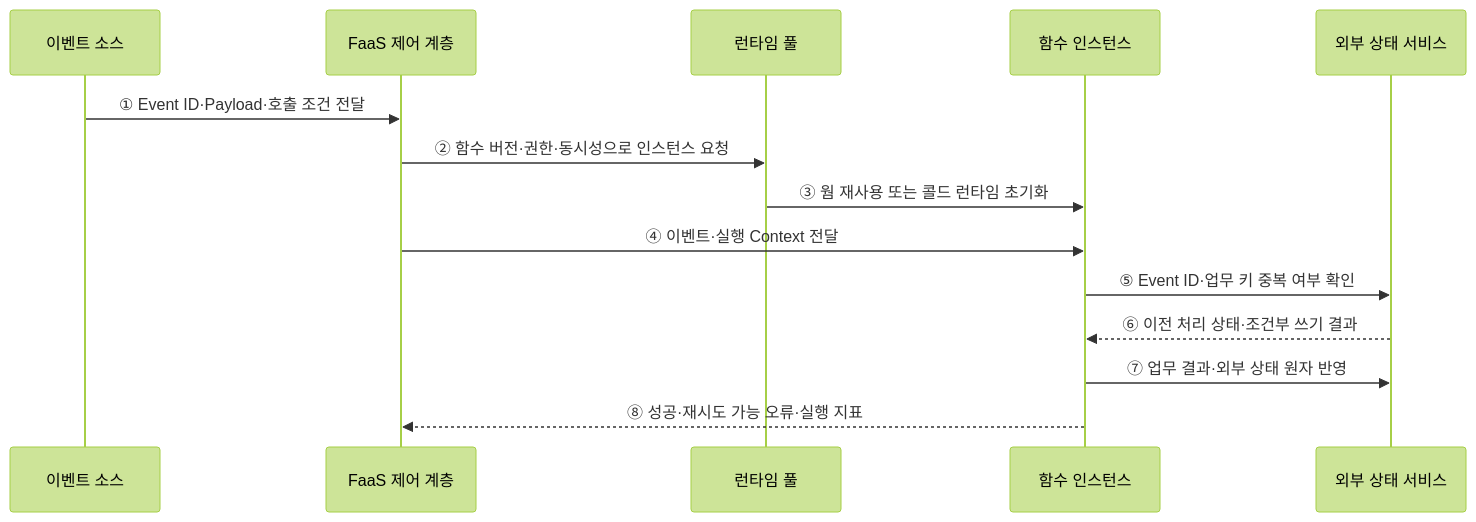
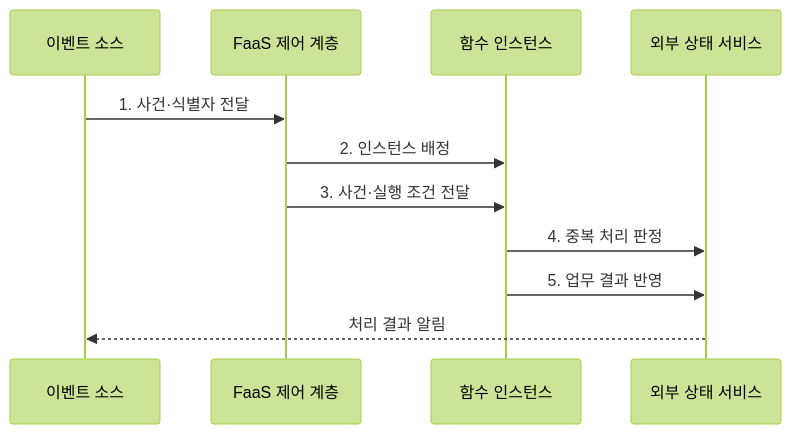
The second of 2 diagrams in src/content/docs/notes/03-software/159_serverless_faas.md (agnusdei1207/knowledge-base), drawn with Mermaid (forest theme) before and after one commit. The commit also changed other lines of this file and 20 other files, not shown here.

````diff
--- a/src/content/docs/notes/03-software/159_serverless_faas.md
+++ b/src/content/docs/notes/03-software/159_serverless_faas.md
@@ -69,16 +83,13 @@
 ```mermaid
 sequenceDiagram
     participant E as 이벤트 소스
     participant P as FaaS 제어 계층
-    participant R as 런타임 풀
     participant F as 함수 인스턴스
     participant S as 외부 상태 서비스
-    E->>P: ① Event ID·Payload·호출 조건 전달
-    P->>R: ② 함수 버전·권한·동시성으로 인스턴스 요청
-    R->>F: ③ 웜 재사용 또는 콜드 런타임 초기화
-    P->>F: ④ 이벤트·실행 Context 전달
-    F->>S: ⑤ Event ID·업무 키 중복 여부 확인
-    S-->>F: ⑥ 이전 처리 상태·조건부 쓰기 결과
-    F->>S: ⑦ 업무 결과·외부 상태 원자 반영
-    F-->>P: ⑧ 성공·재시도 가능 오류·실행 지표
+    E->>P: 1. 사건·식별자 전달
+    P->>F: 2. 인스턴스 배정
+    P->>F: 3. 사건·실행 조건 전달
+    F->>S: 4. 중복 처리 판정
+    F->>S: 5. 업무 결과 반영
+    S-->>E: 처리 결과 알림
 ```
````
